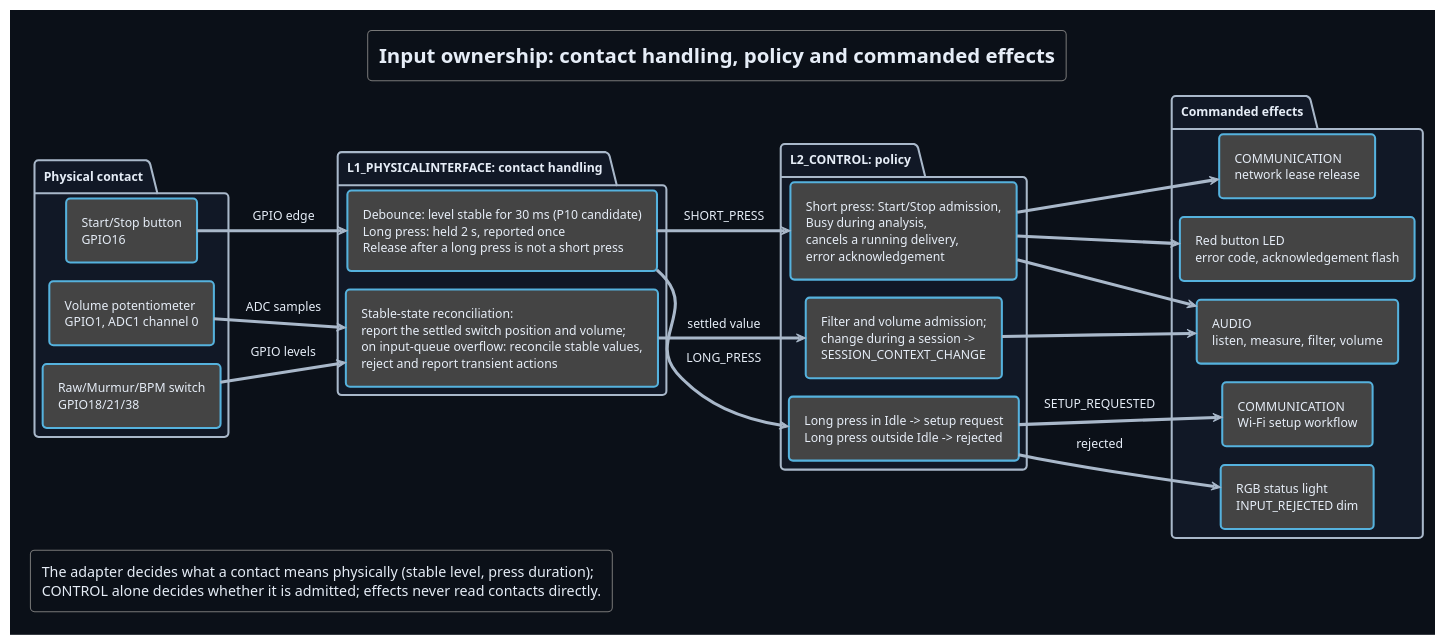
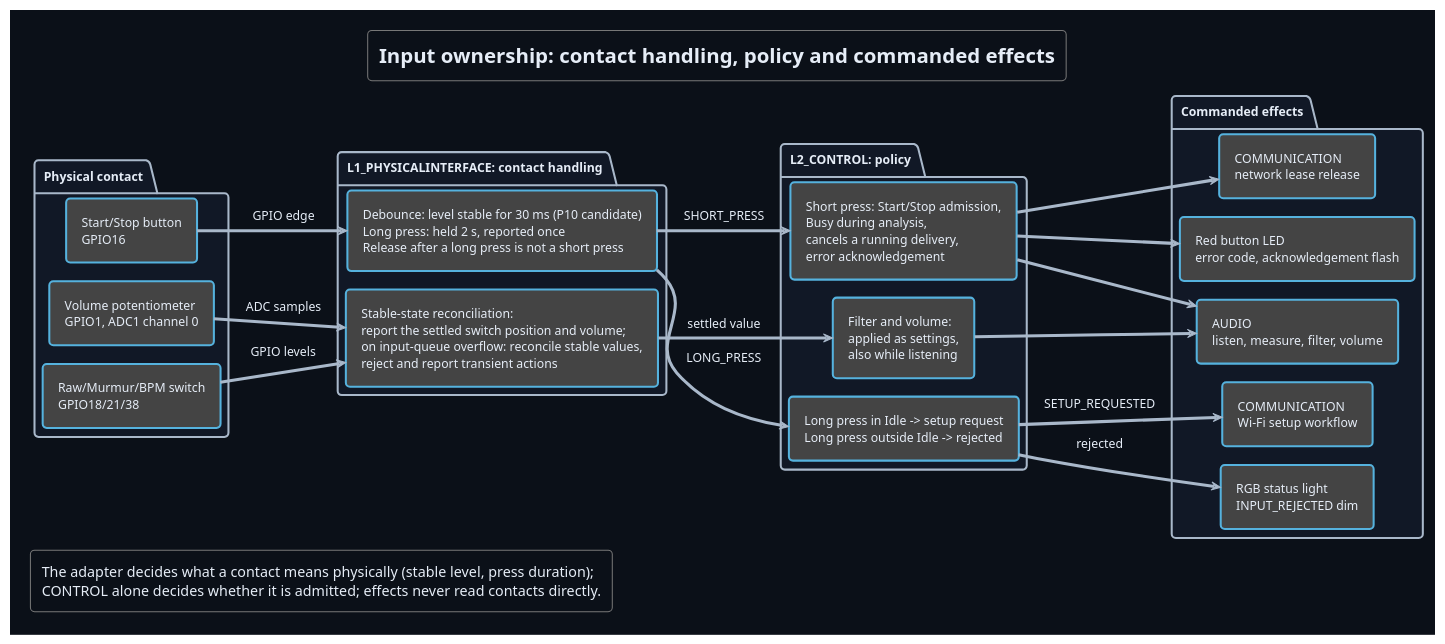
Before and after one commit to DemonicPsychoII/DigitalStethoscope: the diagram in Development/system/architecture/system/input-ownership.puml, drawn with PlantUML. The commit also changed 11 other files, not shown here.

First line of the commit message:
documentation: correct five diagram statements that differed from the design and remove as-built wording from the STORAGE design

```diff
--- a/Development/system/architecture/system/input-ownership.puml
+++ b/Development/system/architecture/system/input-ownership.puml
@@ -1,62 +1,62 @@
 @startuml input_ownership
 !theme cyborg
 !pragma layout smetana
 skinparam shadowing false
 skinparam defaultFontName SansSerif
 skinparam backgroundColor #0b1018
 skinparam defaultFontColor #e6edf7
 skinparam ArrowColor #a9b8ca
 skinparam componentStyle rectangle
 skinparam rectangle {
 }
 skinparam package {
  BackgroundColor #111826
  BorderColor #a9b8ca
  FontColor #e6edf7
 }
 title Input ownership: contact handling, policy and commanded effects
 left to right direction
 
 package "Physical contact" {
  rectangle "Start/Stop button\nGPIO16" as Button
  rectangle "Raw/Murmur/BPM switch\nGPIO18/21/38" as Switch
  rectangle "Volume potentiometer\nGPIO1, ADC1 channel 0" as Potentiometer
 }
 
 package "L1_PHYSICALINTERFACE: contact handling" {
  rectangle "Debounce: level stable for 30 ms (P10 candidate)\nLong press: held 2 s, reported once\nRelease after a long press is not a short press" as ButtonAdapter
  rectangle "Stable-state reconciliation:\nreport the settled switch position and volume;\non input-queue overflow: reconcile stable values,\nreject and report transient actions" as StableAdapter
 }
 
 package "L2_CONTROL: policy" {
  rectangle "Long press in Idle -> setup request\nLong press outside Idle -> rejected" as LongPressPolicy
  rectangle "Short press: Start/Stop admission,\nBusy during analysis,\ncancels a running delivery,\nerror acknowledgement" as ShortPressPolicy
- rectangle "Filter and volume admission;\nchange during a session ->\nSESSION_CONTEXT_CHANGE" as SettingPolicy
+ rectangle "Filter and volume:\napplied as settings,\nalso while listening" as SettingPolicy
 }
 
 package "Commanded effects" {
  rectangle "COMMUNICATION\nWi-Fi setup workflow" as SetupEffect
  rectangle "RGB status light\nINPUT_REJECTED dim" as RejectEffect
  rectangle "AUDIO\nlisten, measure, filter, volume" as AudioEffect
  rectangle "COMMUNICATION\nnetwork lease release" as LeaseEffect
  rectangle "Red button LED\nerror code, acknowledgement flash" as RedEffect
 }
 
 Button --> ButtonAdapter : GPIO edge
 Switch --> StableAdapter : GPIO levels
 Potentiometer --> StableAdapter : ADC samples
 ButtonAdapter --> LongPressPolicy : LONG_PRESS
 ButtonAdapter --> ShortPressPolicy : SHORT_PRESS
 StableAdapter --> SettingPolicy : settled value
 LongPressPolicy --> SetupEffect : SETUP_REQUESTED
 LongPressPolicy --> RejectEffect : rejected
 ShortPressPolicy --> AudioEffect
 ShortPressPolicy --> LeaseEffect
 ShortPressPolicy --> RedEffect
 SettingPolicy --> AudioEffect
 
 legend bottom left
  The adapter decides what a contact means physically (stable level, press duration);
  CONTROL alone decides whether it is admitted; effects never read contacts directly.
 endlegend
 @enduml
```
